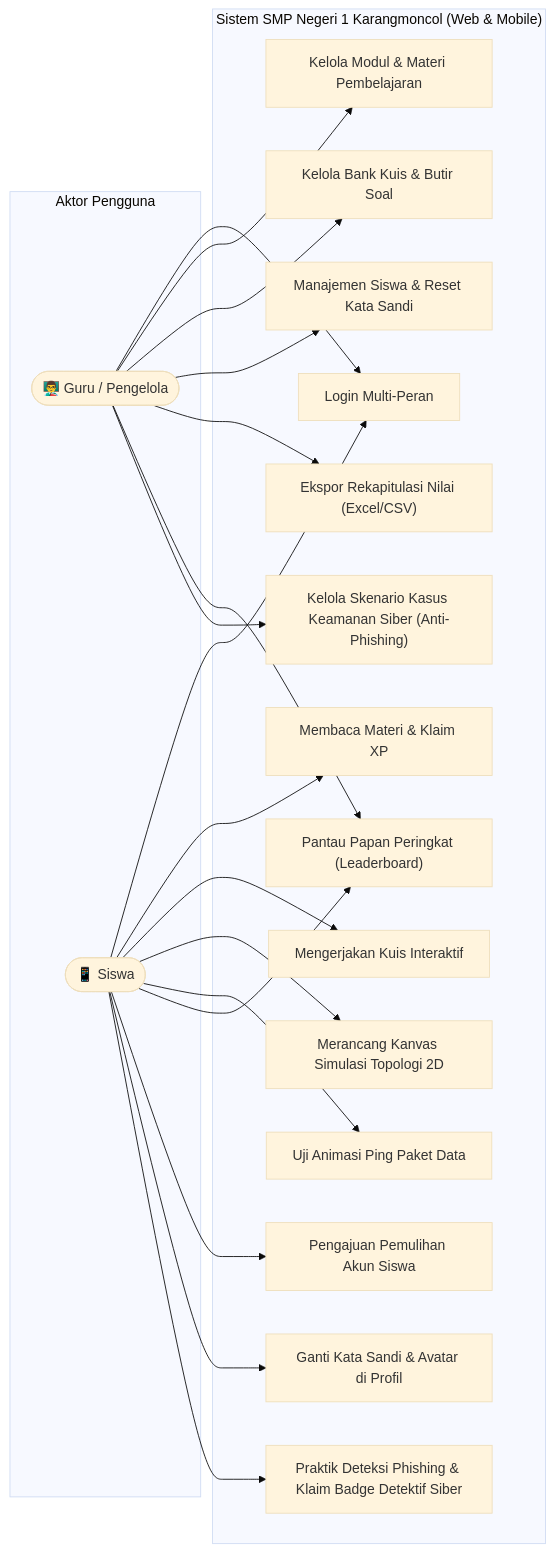
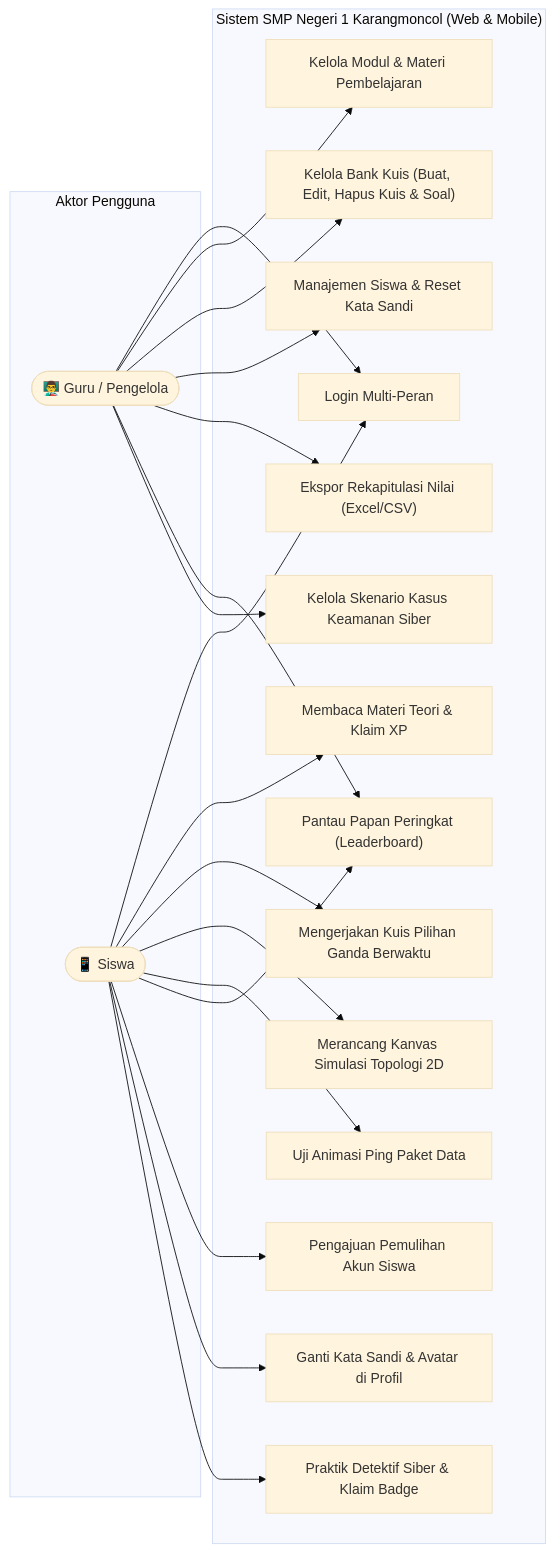
Before and after one commit to dimasalvarizk/Aplikasi-Simulasi: the first of 6 diagrams in README.md, drawn with Mermaid (base theme). The commit also changed other lines of this file and 9 other files, not shown here.

Commit message:
feat: perbarui flowchart README, auto-discovery zero-config mobile, dan fitur hapus kuis guru

````diff
--- a/README.md
+++ b/README.md
@@ -37,42 +37,42 @@
 ```mermaid
 flowchart LR
     subgraph Pengguna ["Aktor Pengguna"]
         Guru(["👨‍🏫 Guru / Pengelola"])
         Siswa(["📱 Siswa"])
     end
 
     subgraph Sistem ["Sistem SMP Negeri 1 Karangmoncol (Web & Mobile)"]
         UC1["Login Multi-Peran"]
         UC2["Kelola Modul & Materi Pembelajaran"]
-        UC3["Kelola Bank Kuis & Butir Soal"]
+        UC3["Kelola Bank Kuis (Buat, Edit, Hapus Kuis & Soal)"]
         UC4["Manajemen Siswa & Reset Kata Sandi"]
         UC5["Ekspor Rekapitulasi Nilai (Excel/CSV)"]
-        UC6["Membaca Materi & Klaim XP"]
-        UC7["Mengerjakan Kuis Interaktif"]
+        UC6["Membaca Materi Teori & Klaim XP"]
+        UC7["Mengerjakan Kuis Pilihan Ganda Berwaktu"]
         UC8["Merancang Kanvas Simulasi Topologi 2D"]
         UC9["Uji Animasi Ping Paket Data"]
         UC10["Pantau Papan Peringkat (Leaderboard)"]
         UC11["Pengajuan Pemulihan Akun Siswa"]
         UC12["Ganti Kata Sandi & Avatar di Profil"]
-        UC13["Kelola Skenario Kasus Keamanan Siber (Anti-Phishing)"]
-        UC14["Praktik Deteksi Phishing & Klaim Badge Detektif Siber"]
+        UC13["Kelola Skenario Kasus Keamanan Siber"]
+        UC14["Praktik Detektif Siber & Klaim Badge"]
     end
 
     Guru --> UC1
     Guru --> UC2
     Guru --> UC3
     Guru --> UC4
     Guru --> UC5
     Guru --> UC10
     Guru --> UC13
 
     Siswa --> UC1
     Siswa --> UC6
     Siswa --> UC7
     Siswa --> UC8
     Siswa --> UC9
     Siswa --> UC10
     Siswa --> UC11
     Siswa --> UC12
     Siswa --> UC14
 ```
````
